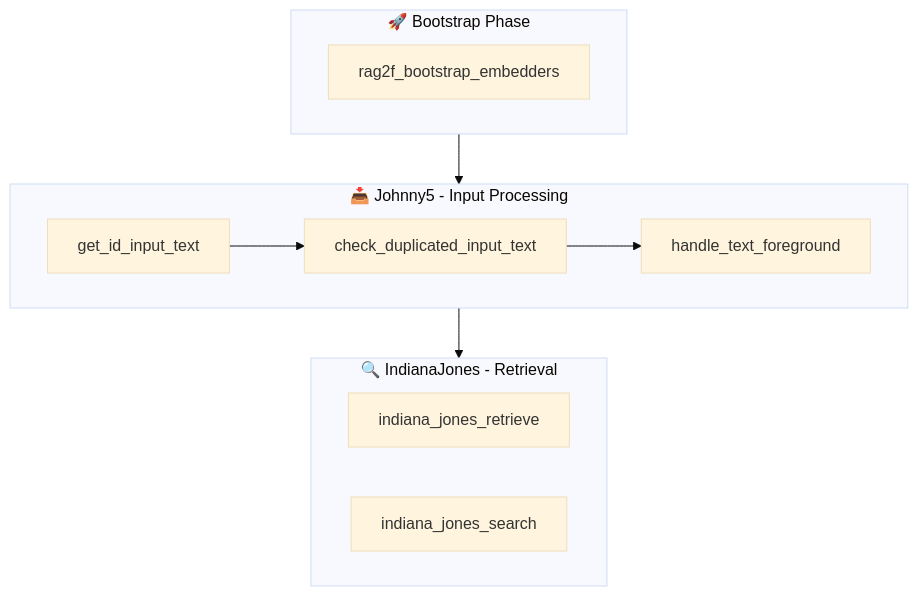
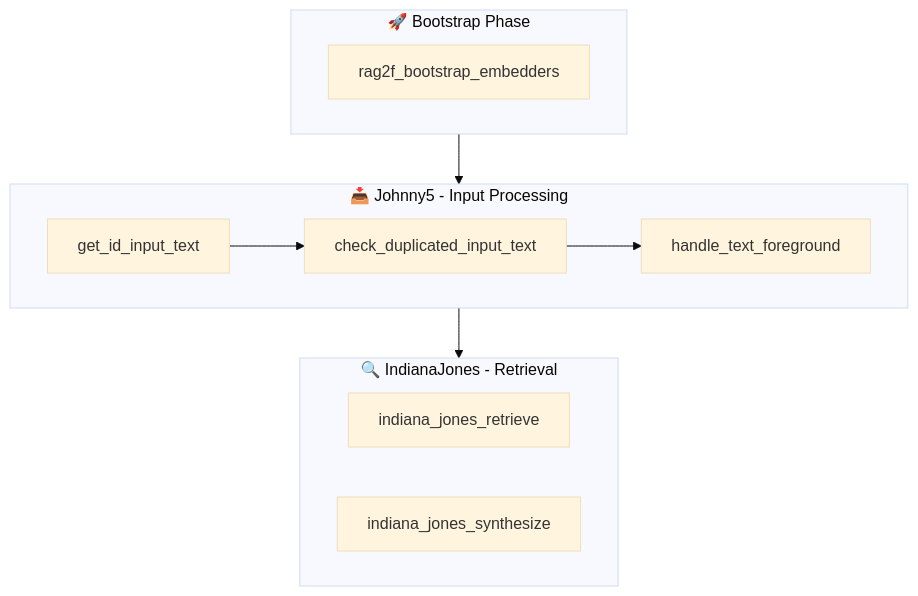
Before and after one commit to rag2f/docs: the first of 2 diagrams in mkdocs/rag2f/hooks-reference.md, drawn with Mermaid (base theme). The commit also changed other lines of this file and 7 other files, not shown here.

````diff
--- a/mkdocs/rag2f/hooks-reference.md
+++ b/mkdocs/rag2f/hooks-reference.md
@@ -27,21 +27,21 @@
 ```mermaid
 flowchart TB
     subgraph BOOTSTRAP["🚀 Bootstrap Phase"]
         B1[rag2f_bootstrap_embedders]
     end
 
     subgraph JOHNNY5["📥 Johnny5 - Input Processing"]
         J1[get_id_input_text]
         J2[check_duplicated_input_text]
         J3[handle_text_foreground]
         J1 --> J2 --> J3
     end
 
     subgraph INDIANA["🔍 IndianaJones - Retrieval"]
         I1[indiana_jones_retrieve]
-        I2[indiana_jones_search]
+        I2[indiana_jones_synthesize]
     end
 
     BOOTSTRAP --> JOHNNY5
     JOHNNY5 --> INDIANA
 ```
````
